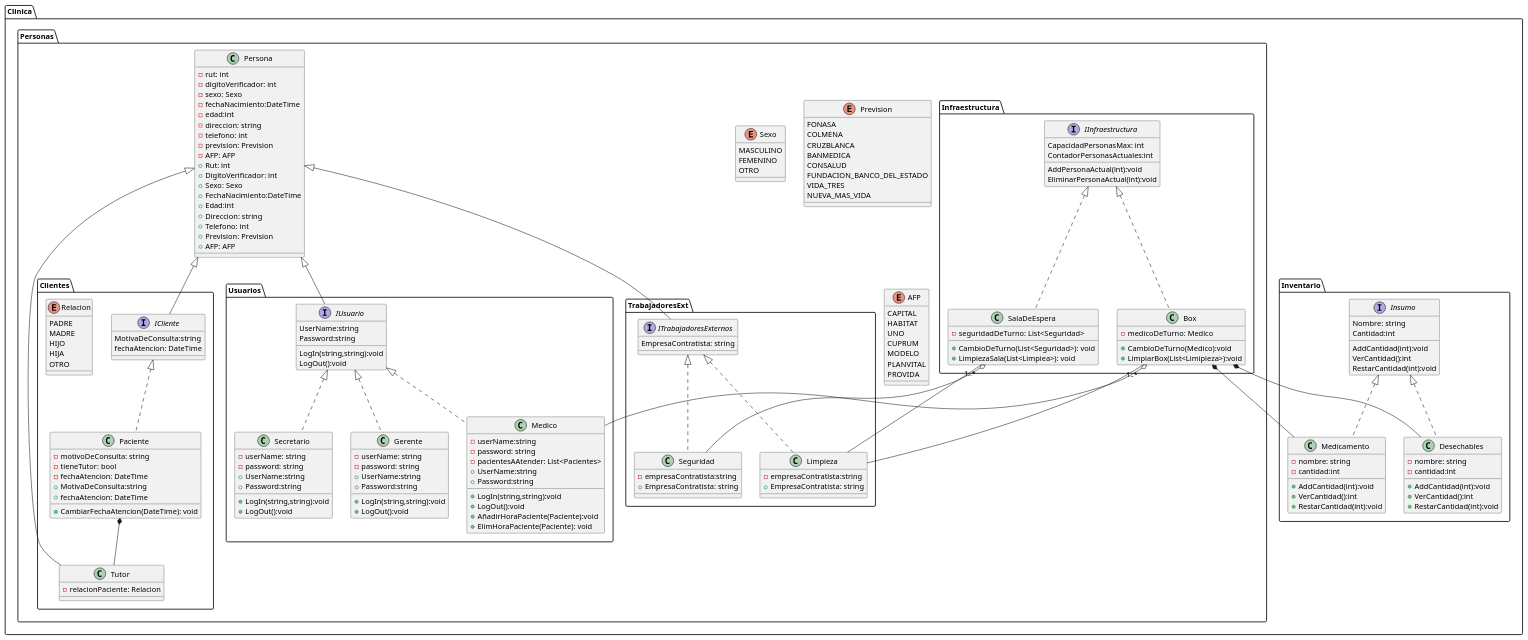
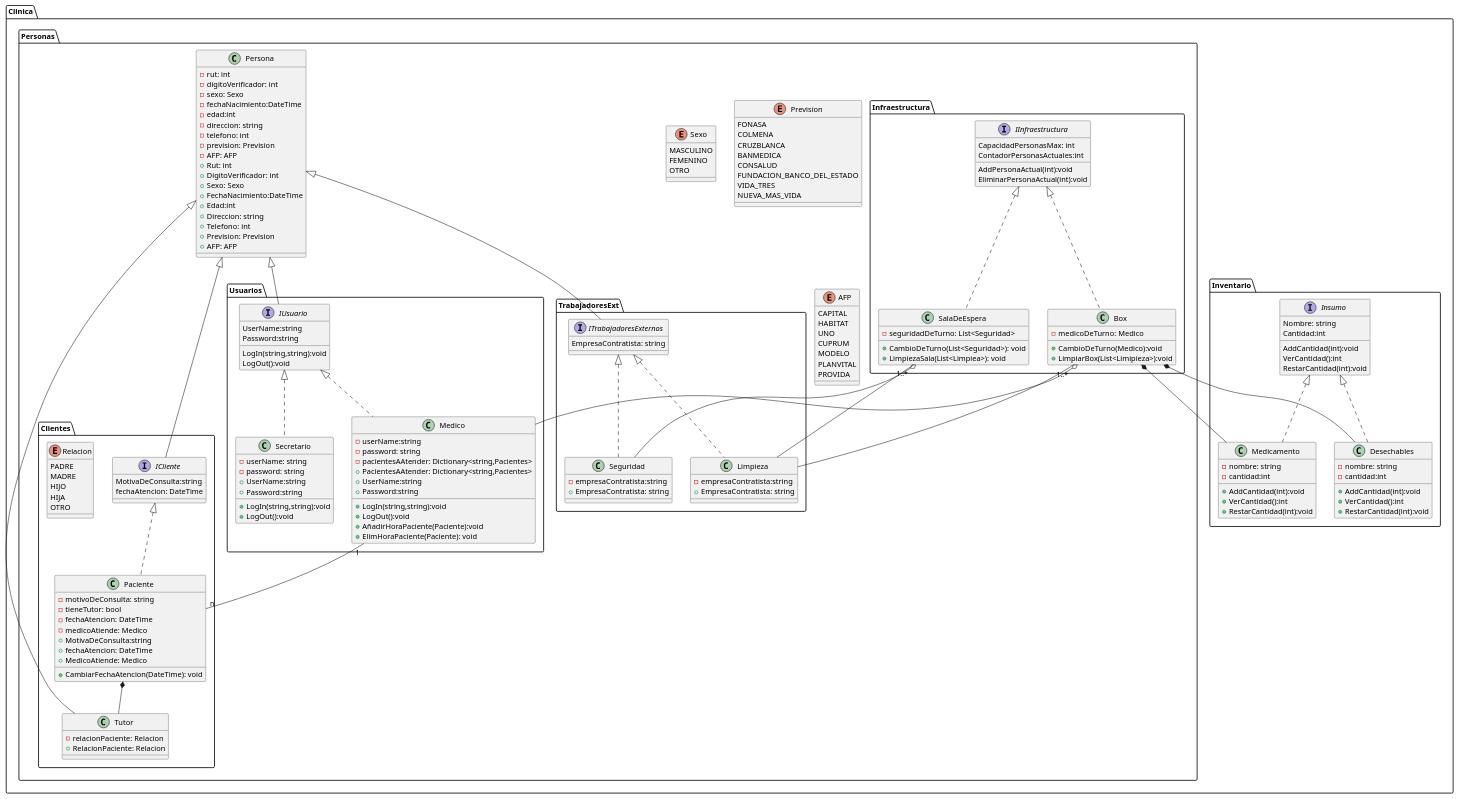
One commit to ecadiz123/ProyectoAvaloniaProgra2 changed the diagram in consultorio.puml. Above: the diagram before and after it, drawn with PlantUML. The commit also changed 6 other files, not shown here.

Commit message:
cambios UML y mockups añadidos

```diff
--- a/consultorio.puml
+++ b/consultorio.puml
@@ -111,12 +111,15 @@
             - motivoDeConsulta: string
             - tieneTutor: bool
             - fechaAtencion: DateTime
+            - medicoAtiende: Medico
             + CambiarFechaAtencion(DateTime): void
             + MotivaDeConsulta:string
             + fechaAtencion: DateTime
+            + MedicoAtiende: Medico
         }
         class Tutor{
             - relacionPaciente: Relacion
+            + RelacionPaciente: Relacion
         }
         }
         
@@ -143,7 +146,8 @@
             class Medico{
                 - userName:string
                 - password: string
-                - pacientesAAtender: List<Pacientes>
+                - pacientesAAtender: Dictionary<string,Pacientes>
+                + PacientesAAtender: Dictionary<string,Pacientes>
                 + LogIn(string,string):void
                 + LogOut():void
                 + UserName:string
@@ -152,16 +156,6 @@
                 + ElimHoraPaciente(Paciente): void
             }
 
-            class Gerente
-            {
-                -userName: string
-                -password: string
-                + LogIn(string,string):void
-                + LogOut():void
-                + UserName:string
-                + Password:string
-
-            }
           
         }
         package Infraestructura
@@ -202,6 +196,7 @@
         '(Interactuan pero son independientes, ej: pueden estar en metodo de el objeto)
         Box "1..*" -- Limpieza
         SalaDeEspera "1..*"-- Limpieza
+        Medico "1"--"n" Paciente
         'Interfaces:
 
         'Herencias Interfaces
@@ -213,7 +208,6 @@
         ITrabajadoresExternos <|.. Seguridad
         'Interfaz Usuarios
         IUsuario <|.. Secretario
-        IUsuario <|.. Gerente
         IUsuario <|.. Medico
         'Interfaz Clientes
         ICliente <|.. Paciente
```
